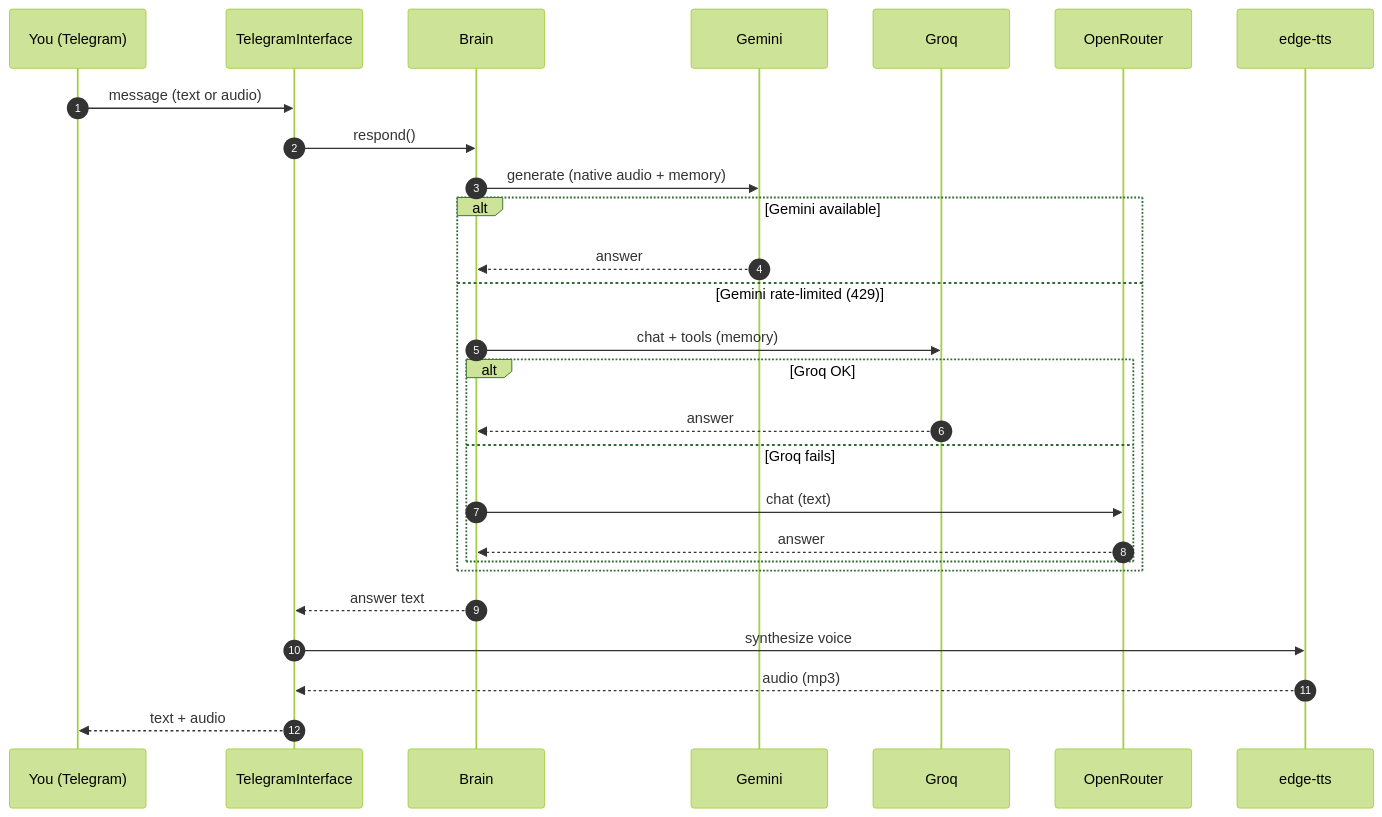
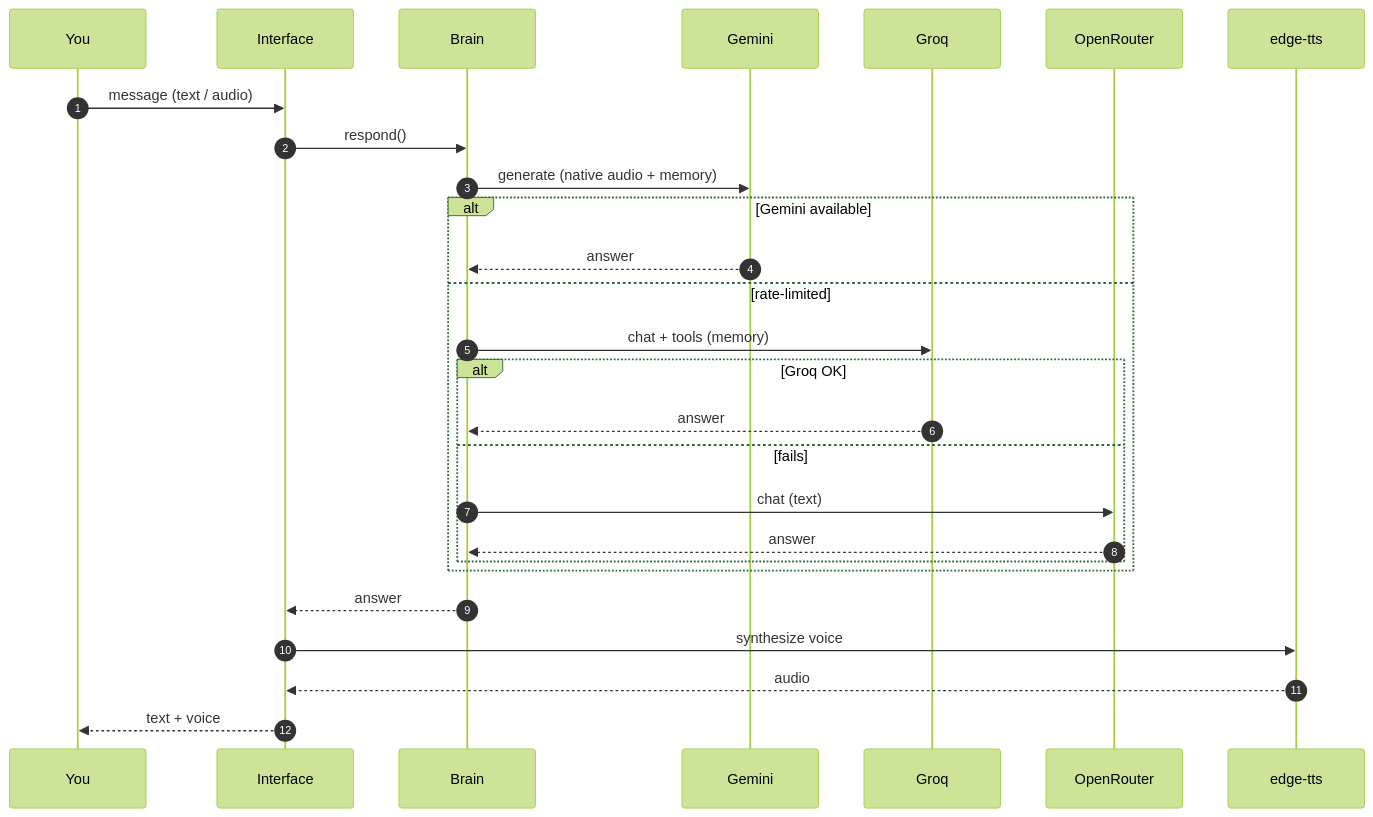
One commit to Ryanditko/E.V changed the second of 2 diagrams in README.md. Above: the diagram before and after it, drawn with Mermaid (forest theme). The commit also changed other lines of this file, not shown here.

````diff
--- a/README.md
+++ b/README.md
@@ -80,30 +124,29 @@
 ```mermaid
 sequenceDiagram
     autonumber
-    participant U as You (Telegram)
-    participant T as TelegramInterface
+    participant U as You
+    participant I as Interface
     participant B as Brain
     participant G as Gemini
     participant Q as Groq
     participant O as OpenRouter
     participant V as edge-tts
-
-    U->>T: message (text or audio)
-    T->>B: respond()
+    U->>I: message (text / audio)
+    I->>B: respond()
     B->>G: generate (native audio + memory)
     alt Gemini available
         G-->>B: answer
-    else Gemini rate-limited (429)
+    else rate-limited
         B->>Q: chat + tools (memory)
         alt Groq OK
             Q-->>B: answer
-        else Groq fails
+        else fails
             B->>O: chat (text)
             O-->>B: answer
         end
     end
-    B-->>T: answer text
-    T->>V: synthesize voice
-    V-->>T: audio (mp3)
-    T-->>U: text + audio
+    B-->>I: answer
+    I->>V: synthesize voice
+    V-->>I: audio
+    I-->>U: text + voice
 ```
````
